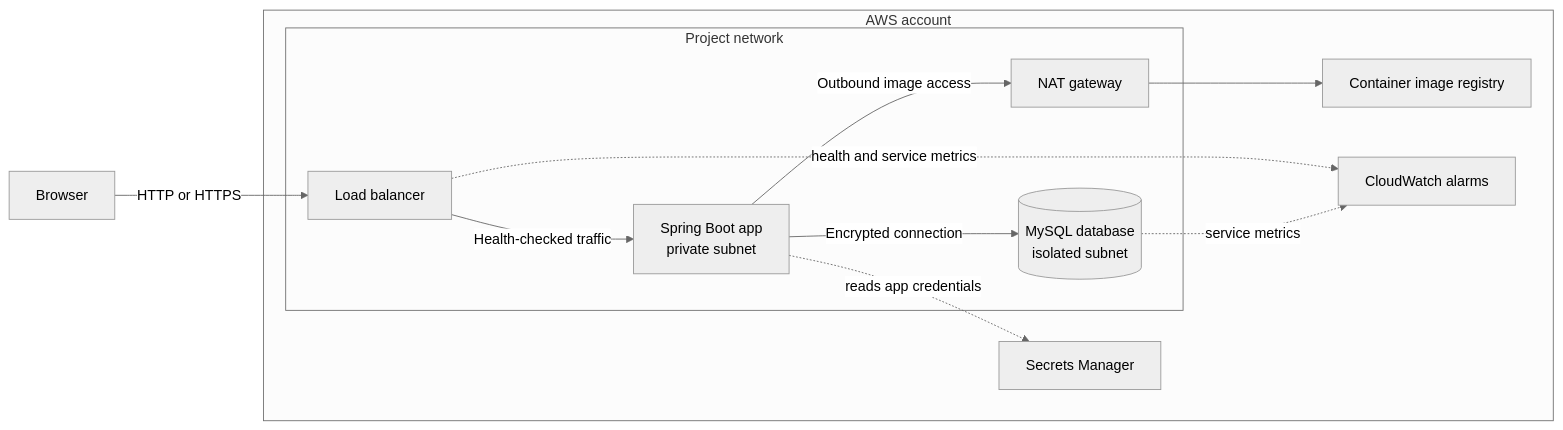
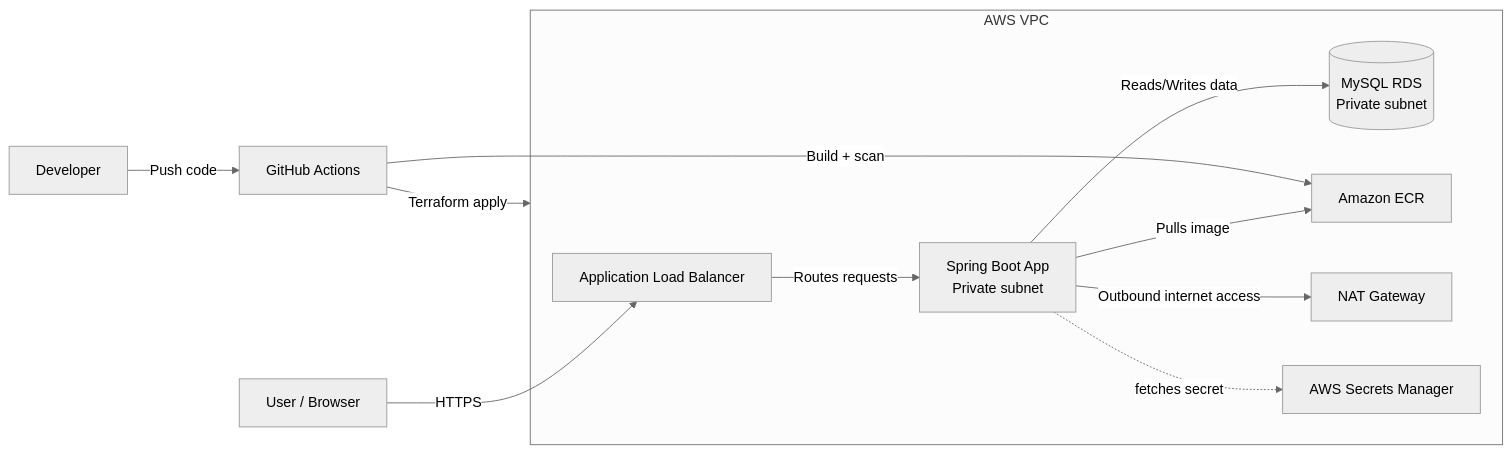
The first of 4 diagrams in README.md (MasadiPradeepRao/java-aws-three-tier-platform), drawn with Mermaid (neutral theme) before and after one commit. The commit also changed other lines of this file, not shown here.

Commit message:
Refresh project README with a clearer architecture explanation and visual diagrams for GitHub viewers.

````diff
--- a/README.md
+++ b/README.md
@@ -24,15 +42,16 @@
 ```mermaid
 flowchart LR
-    User[Browser] -->|HTTP or HTTPS| ALB[Load balancer]
-    subgraph AWS[AWS account]
-        subgraph VPC[Project network]
-            ALB -->|Health-checked traffic| App[Spring Boot app<br/>private subnet]
-            App -->|Encrypted connection| DB[(MySQL database<br/>isolated subnet)]
-            App -->|Outbound image access| NAT[NAT gateway]
-        end
-        NAT --> ECR[Container image registry]
-        App -. reads app credentials .-> Secret[Secrets Manager]
-        ALB -. health and service metrics .-> CW[CloudWatch alarms]
-        DB -. service metrics .-> CW
+    User[User / Browser] -->|HTTPS| ALB[Application Load Balancer]
+
+    subgraph AWS[AWS VPC]
+        ALB -->|Routes requests| APP[Spring Boot App\nPrivate subnet]
+        APP -->|Reads/Writes data| DB[(MySQL RDS\nPrivate subnet)]
+        APP -->|Pulls image| ECR[Amazon ECR]
+        APP -->|Outbound internet access| NAT[NAT Gateway]
+        APP -. fetches secret .-> SM[AWS Secrets Manager]
     end
+
+    DEV[Developer] -->|Push code| GHA[GitHub Actions]
+    GHA -->|Build + scan| ECR
+    GHA -->|Terraform apply| AWS
 ```
````
